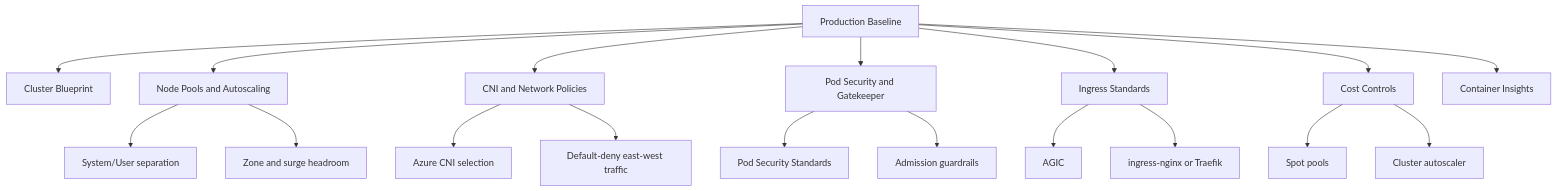
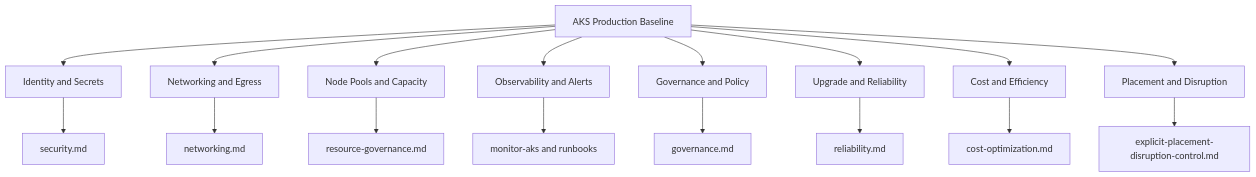
Before and after one commit to yeongseon/azure-kubernetes-service-practical-guide: the diagram in docs/best-practices/production-baseline.md, drawn with Mermaid. The commit also changed other lines of this file and 5 other files, not shown here.

````diff
--- a/docs/best-practices/production-baseline.md
+++ b/docs/best-practices/production-baseline.md
@@ -45,20 +38,19 @@
 ```mermaid
 flowchart TD
-    A[Production Baseline] --> B[Cluster Blueprint]
-    A --> C[Node Pools and Autoscaling]
-    A --> D[CNI and Network Policies]
-    A --> E[Pod Security and Gatekeeper]
-    A --> F[Ingress Standards]
-    A --> G[Cost Controls]
-    A --> H[Container Insights]
-    C --> C1[System/User separation]
-    C --> C2[Zone and surge headroom]
-    D --> D1[Azure CNI selection]
-    D --> D2[Default-deny east-west traffic]
-    E --> E1[Pod Security Standards]
-    E --> E2[Admission guardrails]
-    F --> F1[AGIC]
-    F --> F2[ingress-nginx or Traefik]
-    G --> G1[Spot pools]
-    G --> G2[Cluster autoscaler]
+    A[AKS Production Baseline] --> B[Identity and Secrets]
+    A --> C[Networking and Egress]
+    A --> D[Node Pools and Capacity]
+    A --> E[Observability and Alerts]
+    A --> F[Governance and Policy]
+    A --> G[Upgrade and Reliability]
+    A --> H[Cost and Efficiency]
+    A --> I[Placement and Disruption]
+    B --> B1[security.md]
+    C --> C1[networking.md]
+    D --> D1[resource-governance.md]
+    E --> E1[monitor-aks and runbooks]
+    F --> F1[governance.md]
+    G --> G1[reliability.md]
+    H --> H1[cost-optimization.md]
+    I --> I1[explicit-placement-disruption-control.md]
 ```
````
